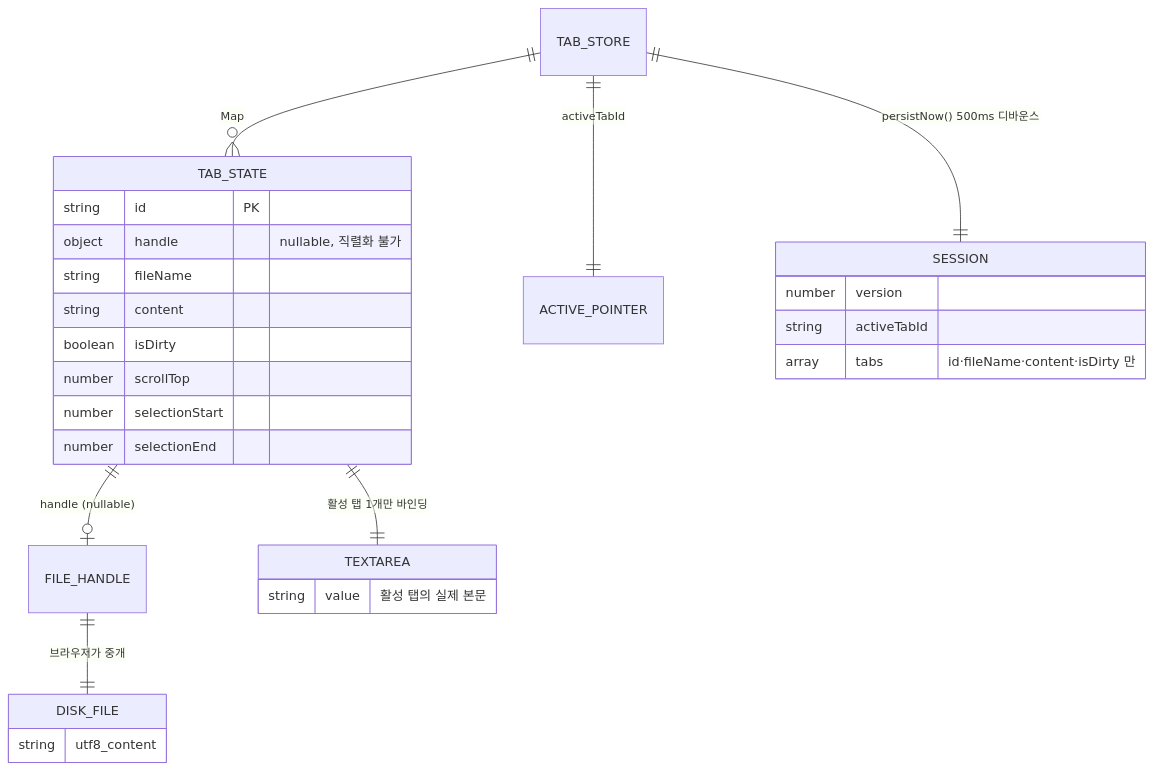
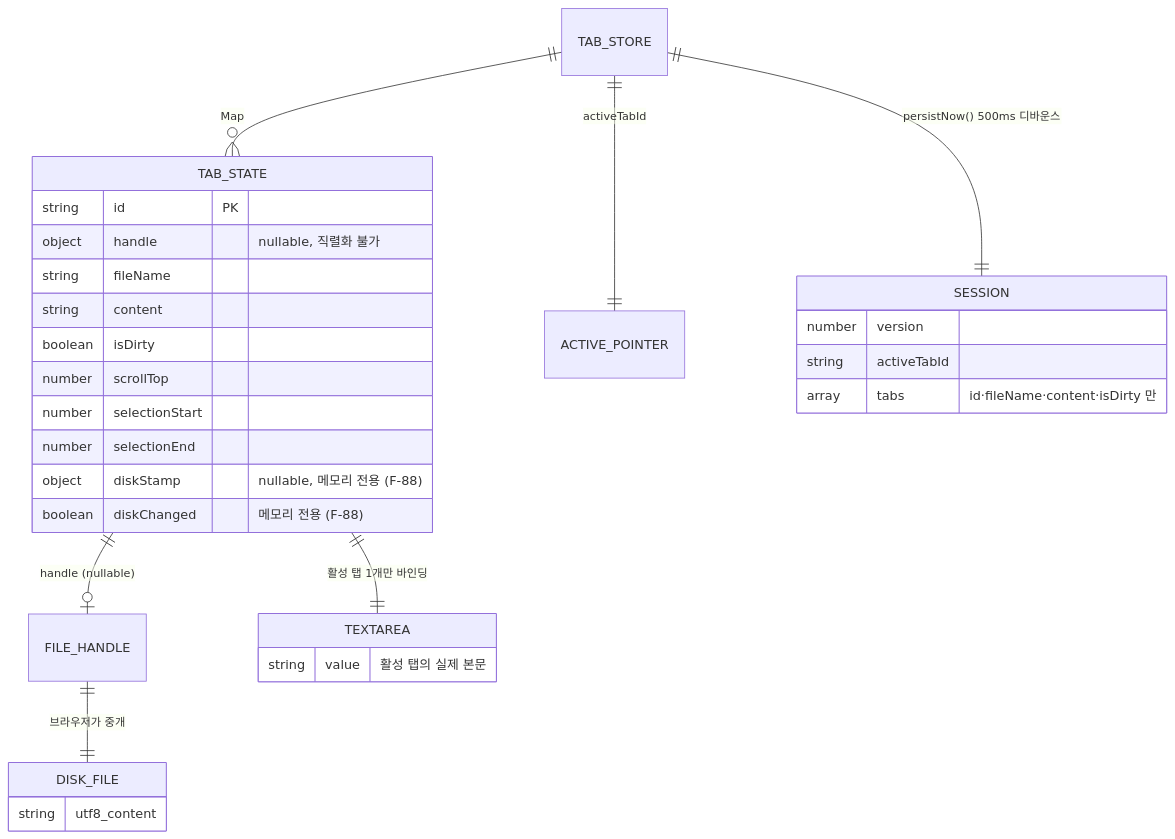
Before and after one commit to devworld-ltd/markdownEditor: the first of 2 diagrams in docs/architecture/data-model.md, drawn with Mermaid. The commit also changed other lines of this file and 7 other files, not shown here.

````diff
--- a/docs/architecture/data-model.md
+++ b/docs/architecture/data-model.md
@@ -97,31 +99,33 @@
 ```mermaid
 erDiagram
   TAB_STORE ||--o{ TAB_STATE : "Map<id, TabState>"
   TAB_STORE ||--|| ACTIVE_POINTER : "activeTabId"
   TAB_STATE ||--o| FILE_HANDLE : "handle (nullable)"
   FILE_HANDLE ||--|| DISK_FILE : "브라우저가 중개"
   TAB_STATE ||--|| TEXTAREA : "활성 탭 1개만 바인딩"
   TAB_STORE ||--|| SESSION : "persistNow() 500ms 디바운스"
 
   TAB_STATE {
     string id PK
     object handle "nullable, 직렬화 불가"
     string fileName
     string content
     boolean isDirty
     number scrollTop
     number selectionStart
     number selectionEnd
+    object diskStamp "nullable, 메모리 전용 (F-88)"
+    boolean diskChanged "메모리 전용 (F-88)"
   }
   SESSION {
     number version
     string activeTabId
     array tabs "id·fileName·content·isDirty 만"
   }
   DISK_FILE {
     string utf8_content
   }
   TEXTAREA {
     string value "활성 탭의 실제 본문"
   }
 ```
````
